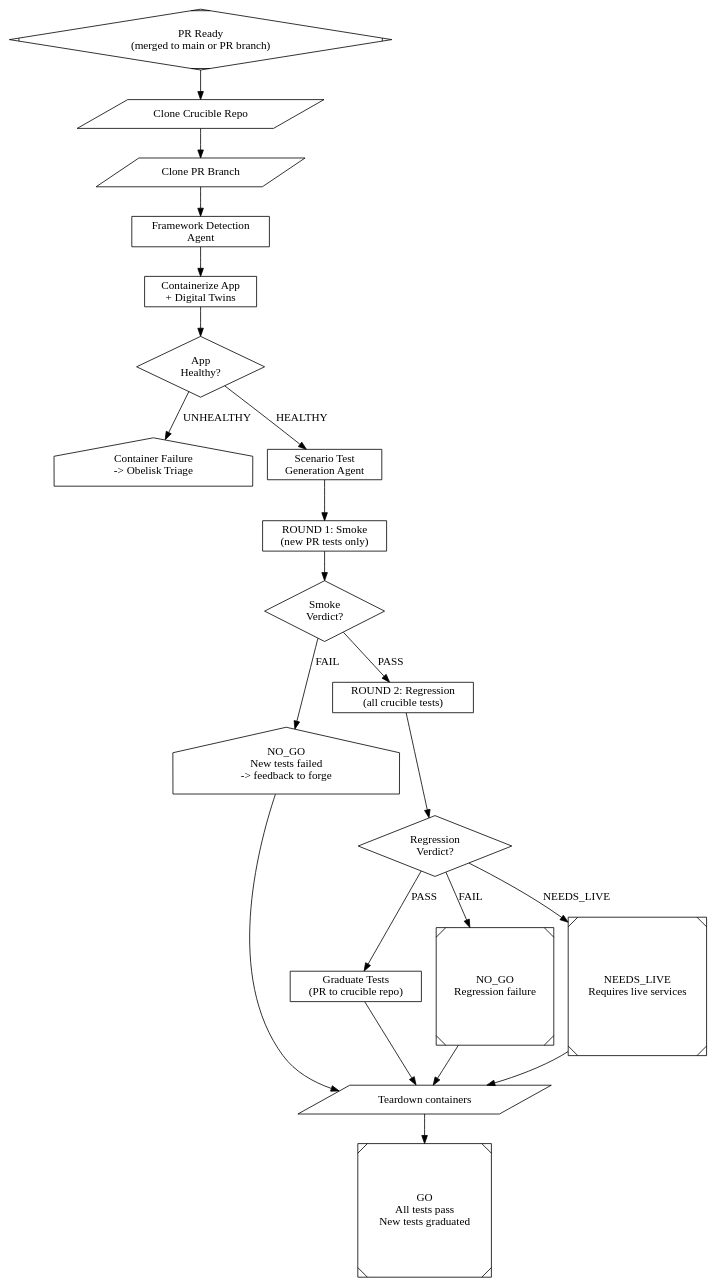
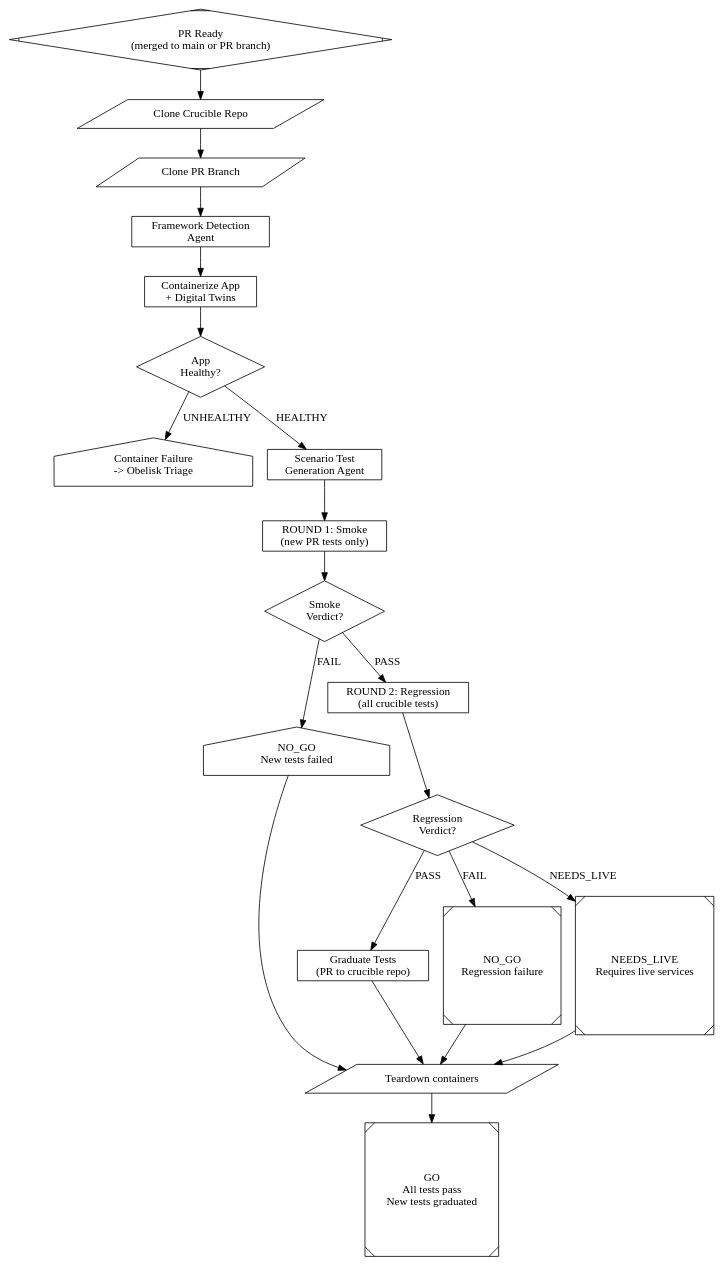
One commit to ardrodus/dark-fac changed the diagram in pipelines/crucible.dot. Above: the diagram before and after it, drawn with Graphviz. The commit also changed 19 other files, not shown here.

First line of the commit message:
refactor: remove auto mode, dead crucible code, and fix workspace pattern

```diff
--- a/pipelines/crucible.dot
+++ b/pipelines/crucible.dot
@@ -1,125 +1,133 @@
 // Crucible: Two-Round Validation Pipeline with Test Graduation
+//
+// ARCHITECTURE: This DOT file IS the pipeline implementation.
+// Python only does: resolve repo → acquire workspace → engine.run_pipeline("crucible").
+// ALL workflow logic, branching, and decisions live HERE — not in Python.
+// If you need to change Crucible's behavior, modify THIS file.
 //
 // The "bill becoming a law" pipeline:
 //   1. Pull crucible repo + PR branch
 //   2. Detect frameworks, install deps
 //   3. Containerize app with digital twins
 //   4. Generate scenario tests from PR diff
 //   5. ROUND 1: Run new PR tests (smoke)
 //   6. ROUND 2: Run all existing tests (regression)
 //   7. Graduate new tests to crucible repo via PR
 //
 // Verdicts: GO | NO_GO | NEEDS_LIVE
 //
 // Flow: provision -> detect -> containerize -> generate -> smoke -> regress -> graduate
+//
+// Entry points: cli/dispatch.py → dispatch_test() or _run_crucible_interactive()
+// Both follow: _resolve_active_repo() → acquire_workspace() → engine.run_pipeline()
 
 digraph crucible {
     graph [
         goal="Validate PR via two-round testing then graduate new tests to crucible repo"
     ]
 
     // --- Entry ---
     start [shape=Mdiamond, label="PR Ready\n(merged to main or PR branch)"]
 
     // --- Phase 1: Provision ---
     clone_crucible [
         shape=parallelogram,
         label="Clone Crucible Repo",
         prompt="cd $workspace && git clone $test_repo .dark-factory/crucible-tests/ 2>&1 || git -C .dark-factory/crucible-tests/ pull --ff-only 2>&1",
         timeout="5m"
     ]
 
     clone_pr [
         shape=parallelogram,
         label="Clone PR Branch",
         prompt="cd $workspace && git fetch origin $pr_branch && git checkout $pr_branch 2>&1 || echo 'Already on PR branch'",
         timeout="3m"
     ]
 
     // --- Phase 2: Framework Detection ---
     detect_frameworks [
         shape=box,
         label="Framework Detection\nAgent",
         prompt="$eng_crucible_framework_agent\n\nExamine the target app at $workspace to determine which E2E/integration test frameworks are needed for Crucible validation.\n\nApp workspace: $workspace\nCrucible test repo: $workspace/.dark-factory/crucible-tests/\n\nIMPORTANT: Recommend SCENARIO/E2E frameworks, NOT unit test runners.\n- Web UI: Playwright (preferred), Cypress (NOT Jest or Mocha alone)\n- REST API: supertest (Node), httpx (Python) (NOT pytest alone)\n- pytest and Jest are test RUNNERS, not E2E frameworks\n\nAnalysis steps:\n1. Examine the app technology stack (language, framework, runtime)\n2. Identify testable surfaces: web UI, REST API, GraphQL, CLI, WebSocket\n3. For each surface, recommend ONE E2E/integration framework (max 3 total)\n4. Check what already exists in the crucible repo\n5. Install missing frameworks\n\nWrite detection results to: $workspace/.dark-factory/crucible/framework-detection.json"
     ]
 
     // --- Phase 3: Containerization + Twins ---
     containerize [
         shape=box,
         label="Containerize App\n+ Digital Twins",
         prompt="You are the Crucible containerization agent.\n\nWorkspace: $workspace\n\n1. Read the generated Dockerfile and docker-compose.yml in .dark-factory/generated/\n2. If digital twins are configured in .dark-factory/twins/, include them via compose merge\n3. Run: docker compose build\n4. Run: docker compose up -d\n5. Health-check all services (app + twins)\n6. Mount crucible tests into the container at /crucible/\n\nReport: HEALTHY if all services pass health checks, UNHEALTHY otherwise."
     ]
 
     health_check [shape=diamond, label="App\nHealthy?"]
     container_failed [shape=house, label="Container Failure\n-> Obelisk Triage"]
 
     // --- Phase 4: Scenario Generation ---
     generate_scenarios [
         shape=box,
         label="Scenario Test\nGeneration Agent",
         prompt="$eng_crucible_scenario_agent\n\nRead the PR diff and generate end-to-end scenario tests.\n\nWorkspace: $workspace\nPR number: $pr_number\nPR branch: $pr_branch\nBase SHA: $base_sha\nHead SHA: $head_sha\nCrucible tests: $workspace/.dark-factory/crucible-tests/\n\nSteps:\n1. Run: git diff $base_sha...$head_sha in $workspace\n2. Identify changed files, new endpoints, modified UI components\n3. Generate 1-5 test files using detected framework patterns\n4. Write to: crucible-tests/tests/pr-$pr_number-<feature>.spec.<ext>\n\nRules:\n- Each test exercises a USER-VISIBLE behavior change\n- Tests must be self-contained and deterministic\n- Use detected framework idioms\n- Max 500 lines total"
     ]
 
     // --- Phase 5: Round 1 -- Smoke (PR tests only) ---
     round1_smoke [
         shape=box,
         label="ROUND 1: Smoke\n(new PR tests only)",
         prompt="You are the Crucible smoke test runner.\n\nWorkspace: $workspace\nCrucible: $workspace/.dark-factory/crucible-tests/\nPR number: $pr_number\n\nRun ONLY the newly generated PR tests (files matching tests/pr-$pr_number-*).\nDo NOT run existing tests yet.\n\nFor each failure, classify as:\n- REAL_BUG: Genuine assertion failure on correct behavior\n- FLAKY: Timeout, element not found, race condition\n- ENV_ISSUE: Connection refused, missing service\n- NEEDS_LIVE: Requires external service not available\n\nVerdict: PASS (all tests pass or only FLAKY) | FAIL (any REAL_BUG)"
     ]
 
     smoke_verdict [shape=diamond, label="Smoke\nVerdict?"]
-    smoke_failed [shape=house, label="NO_GO\nNew tests failed\n-> feedback to forge"]
+    smoke_failed [shape=house, label="NO_GO\nNew tests failed"]
 
     // --- Phase 6: Round 2 -- Full Regression ---
     round2_regression [
         shape=box,
         label="ROUND 2: Regression\n(all crucible tests)",
         prompt="You are the Crucible regression test runner.\n\nWorkspace: $workspace\nCrucible: $workspace/.dark-factory/crucible-tests/\n\nRun the FULL test suite: all existing crucible tests PLUS the new PR tests.\nThis validates the new tests do not break existing tests.\n\nClassify failures the same way as Round 1.\n\nVerdict:\n- PASS: All tests pass (>= 95% pass rate AND zero REAL_BUG)\n- FAIL: Any REAL_BUG found\n- NEEDS_LIVE: Tests require live services (zero REAL_BUG)"
     ]
 
     regression_verdict [shape=diamond, label="Regression\nVerdict?"]
 
     // --- Phase 7: Test Graduation ---
     graduate_tests [
         shape=box,
         label="Graduate Tests\n(PR to crucible repo)",
         prompt="$eng_crucible_graduation_agent\n\nTests passed both rounds — time to make them permanent.\n\nCrucible repo: $workspace/.dark-factory/crucible-tests/\nApp repo: $app_repo\nPR number: $pr_number\n\nSteps:\n1. Rename test files: remove 'pr-$pr_number-' prefix\n2. Check for naming conflicts with existing tests\n3. Create branch: crucible/graduate-pr-$pr_number\n4. Commit: 'feat(crucible): graduate tests from PR #$pr_number'\n5. Push and create PR to crucible repo\n\nThe bill becomes law."
     ]
 
     // --- Terminals ---
     go [shape=Msquare, label="GO\nAll tests pass\nNew tests graduated"]
     no_go [shape=Msquare, label="NO_GO\nRegression failure"]
     needs_live [shape=Msquare, label="NEEDS_LIVE\nRequires live services"]
 
     // --- Teardown ---
     teardown [
         shape=parallelogram,
         label="Teardown containers",
         prompt="cd $workspace && docker compose -p crucible down -v --remove-orphans 2>&1 || true",
         timeout="2m"
     ]
 
     // --- Flow ---
     start -> clone_crucible -> clone_pr -> detect_frameworks
     detect_frameworks -> containerize -> health_check
 
     health_check -> generate_scenarios [label="HEALTHY"]
     health_check -> container_failed [label="UNHEALTHY"]
 
     generate_scenarios -> round1_smoke -> smoke_verdict
 
     smoke_verdict -> round2_regression [label="PASS"]
     smoke_verdict -> smoke_failed [label="FAIL"]
 
     round2_regression -> regression_verdict
 
     regression_verdict -> graduate_tests [label="PASS"]
     regression_verdict -> no_go [label="FAIL"]
     regression_verdict -> needs_live [label="NEEDS_LIVE"]
 
     graduate_tests -> teardown -> go
 
     smoke_failed -> teardown
     no_go -> teardown
     needs_live -> teardown
 }
```
